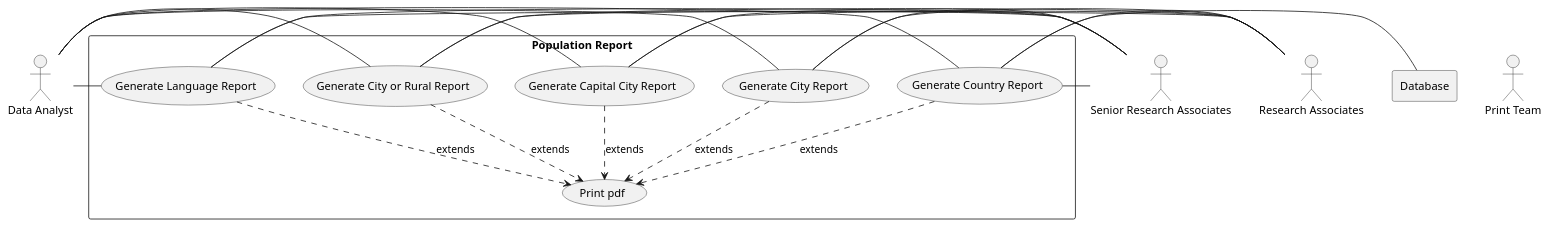
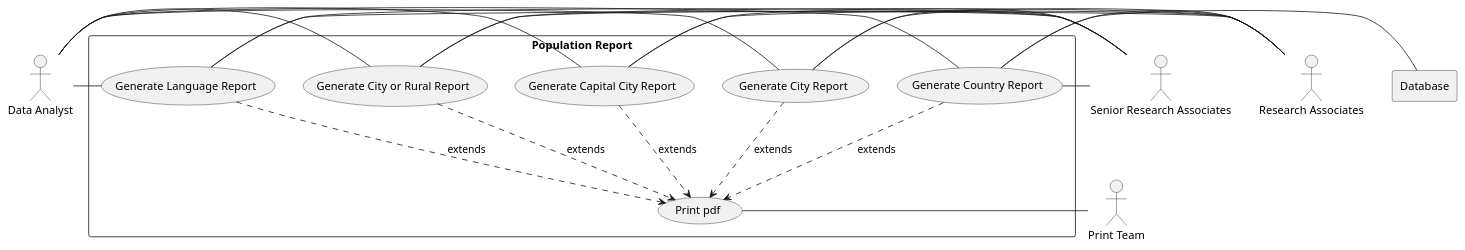
The diagram in Use Case Diagram Population Report.puml (TDiggens/group-2-project), drawn with PlantUML before and after one commit.

Commit message:
Print Team

```diff
--- a/Use Case Diagram Population Report.puml
+++ b/Use Case Diagram Population Report.puml
@@ -1,45 +1,47 @@
 @startuml
 
 actor DA as "Data Analyst"
 actor SR as "Senior Research Associates"
 actor RA as "Research Associates"
 
 actor PT as "Print Team"
 
 rectangle Database
 
 rectangle "Population Report" {
     usecase UC1 as "Generate Country Report"
     usecase UC2 as "Generate City Report"
     usecase UC3 as "Generate Capital City Report"
     usecase UC4 as "Generate City or Rural Report"
     usecase UC5 as "Generate Language Report"
     usecase UCa as "Print pdf"
 
     DA - UC1
     DA - UC2
     DA - UC3
     DA - UC4
     DA - UC5
 
     SR - UC1
     SR - UC2
     SR - UC3
     SR - UC4
     SR - UC5
 
     RA - UC1
     RA - UC2
     RA - UC3
     RA - UC4
     RA - UC5
 
+    PT - UCa
+
     UC1 ..>UCa : extends
     UC2 ..>UCa : extends
     UC3 ..>UCa : extends
     UC4 ..>UCa : extends
     UC5 ..>UCa : extends
     UC1 - Database
 }
 
 @enduml
```
